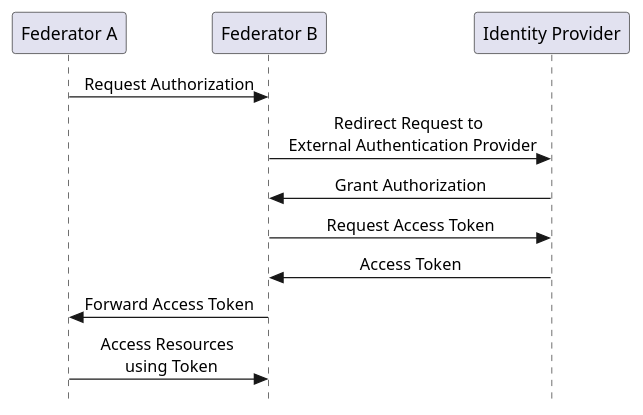
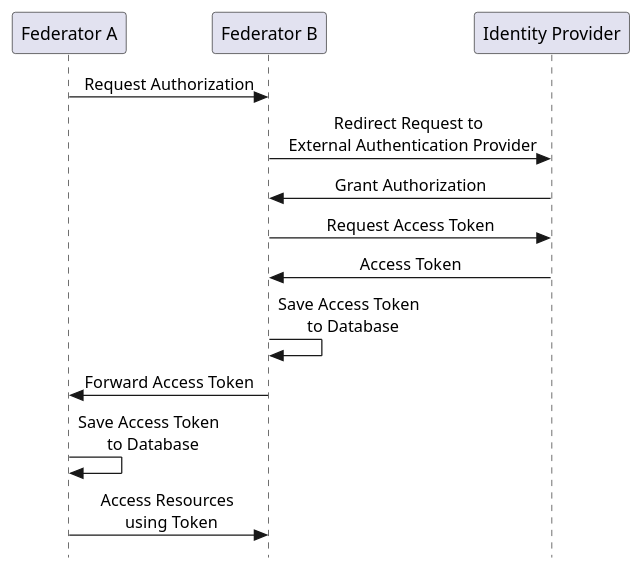
One commit to ATNoG/mec-federator changed the diagram in docs/diagrams/authentication.plantuml. Above: the diagram before and after it, drawn with PlantUML. The commit also changed 6 other files, not shown here.

```diff
--- a/docs/diagrams/authentication.plantuml
+++ b/docs/diagrams/authentication.plantuml
@@ -1,18 +1,19 @@
 @startuml Authentication Flow
 skinparam Style strictuml
 skinparam SequenceMessageAlignment center
 
 participant "Federator A" as A
 participant "Federator B" as B
 participant "Identity Provider" as IDP
 
 A -> B: Request Authorization
 B -> IDP: Redirect Request to \n External Authentication Provider
 B <- IDP: Grant Authorization
 B -> IDP: Request Access Token
 B <- IDP: Access Token
+B -> B: Save Access Token \n to Database
 A <- B: Forward Access Token
+A -> A: Save Access Token \n to Database
 A -> B: Access Resources \n using Token
 
-
 @enduml
```
